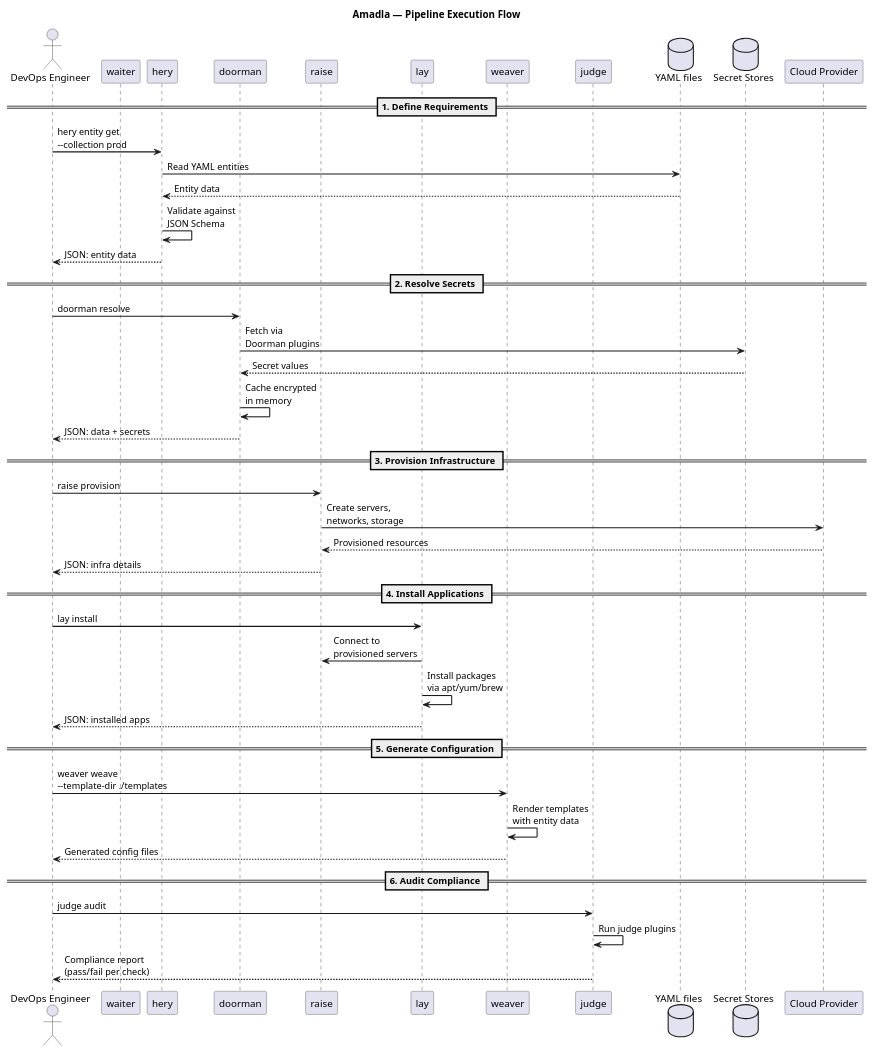
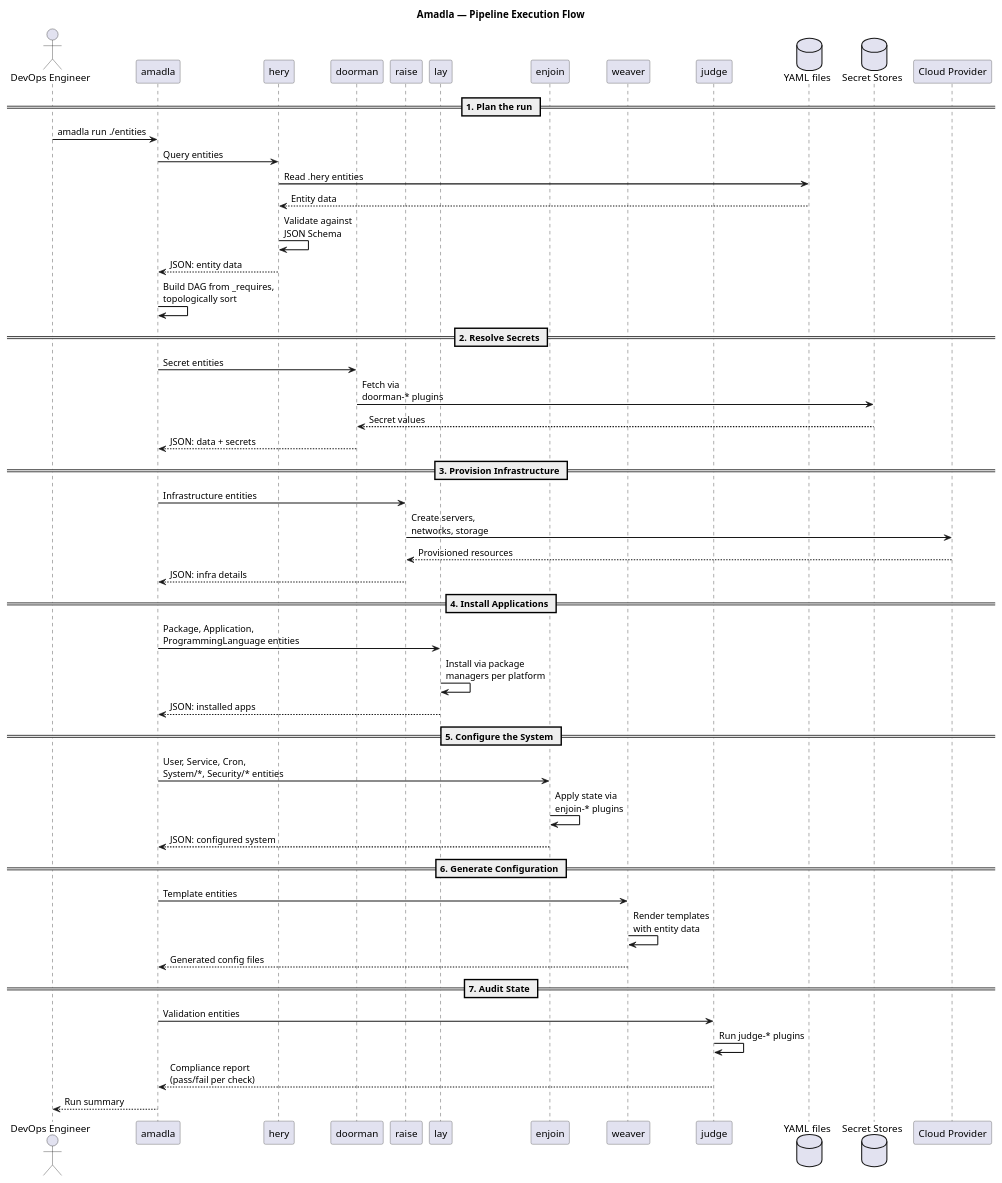
One commit to AmadlaOrg/AmadlaOrg.github.io changed the diagram in docs/diagrams/src/seq-pipeline-flow.puml. Above: the diagram before and after it, drawn with PlantUML. The commit also changed 34 other files, not shown here.

```diff
--- a/docs/diagrams/src/seq-pipeline-flow.puml
+++ b/docs/diagrams/src/seq-pipeline-flow.puml
@@ -1,57 +1,70 @@
 @startuml seq-pipeline-flow
 
 title Amadla — Pipeline Execution Flow
 
 skinparam sequenceArrowThickness 1.5
 skinparam sequenceParticipantBorderColor #444
 
 actor "DevOps Engineer" as user
-participant "waiter" as waiter
+participant "amadla" as amadla
 participant "hery" as hery
 participant "doorman" as doorman
 participant "raise" as raise
 participant "lay" as lay
+participant "enjoin" as enjoin
 participant "weaver" as weaver
 participant "judge" as judge
-
 database "YAML files" as yaml
 database "Secret Stores" as secrets
 participant "Cloud Provider" as cloud
 
-== 1. Define Requirements ==
-user -> hery : hery entity get\n--collection prod
-hery -> yaml : Read YAML entities
+== 1. Plan the run ==
+
+user -> amadla : amadla run ./entities
+amadla -> hery : Query entities
+hery -> yaml : Read .hery entities
 yaml --> hery : Entity data
 hery -> hery : Validate against\nJSON Schema
-hery --> user : JSON: entity data
+hery --> amadla : JSON: entity data
+amadla -> amadla : Build DAG from _requires,\ntopologically sort
 
 == 2. Resolve Secrets ==
-user -> doorman : doorman resolve
-doorman -> secrets : Fetch via\nDoorman plugins
+
+amadla -> doorman : Secret entities
+doorman -> secrets : Fetch via\ndoorman-* plugins
 secrets --> doorman : Secret values
-doorman -> doorman : Cache encrypted\nin memory
-doorman --> user : JSON: data + secrets
+doorman --> amadla : JSON: data + secrets
 
 == 3. Provision Infrastructure ==
-user -> raise : raise provision
+
+amadla -> raise : Infrastructure entities
 raise -> cloud : Create servers,\nnetworks, storage
 cloud --> raise : Provisioned resources
-raise --> user : JSON: infra details
+raise --> amadla : JSON: infra details
 
 == 4. Install Applications ==
-user -> lay : lay install
-lay -> raise : Connect to\nprovisioned servers
-lay -> lay : Install packages\nvia apt/yum/brew
-lay --> user : JSON: installed apps
 
-== 5. Generate Configuration ==
-user -> weaver : weaver weave\n--template-dir ./templates
+amadla -> lay : Package, Application,\nProgrammingLanguage entities
+lay -> lay : Install via package\nmanagers per platform
+lay --> amadla : JSON: installed apps
+
+== 5. Configure the System ==
+
+amadla -> enjoin : User, Service, Cron,\nSystem/*, Security/* entities
+enjoin -> enjoin : Apply state via\nenjoin-* plugins
+enjoin --> amadla : JSON: configured system
+
+== 6. Generate Configuration ==
+
+amadla -> weaver : Template entities
 weaver -> weaver : Render templates\nwith entity data
-weaver --> user : Generated config files
+weaver --> amadla : Generated config files
 
-== 6. Audit Compliance ==
-user -> judge : judge audit
-judge -> judge : Run judge plugins
-judge --> user : Compliance report\n(pass/fail per check)
+== 7. Audit State ==
+
+amadla -> judge : Validation entities
+judge -> judge : Run judge-* plugins
+judge --> amadla : Compliance report\n(pass/fail per check)
+amadla --> user : Run summary
 
 @enduml
```
